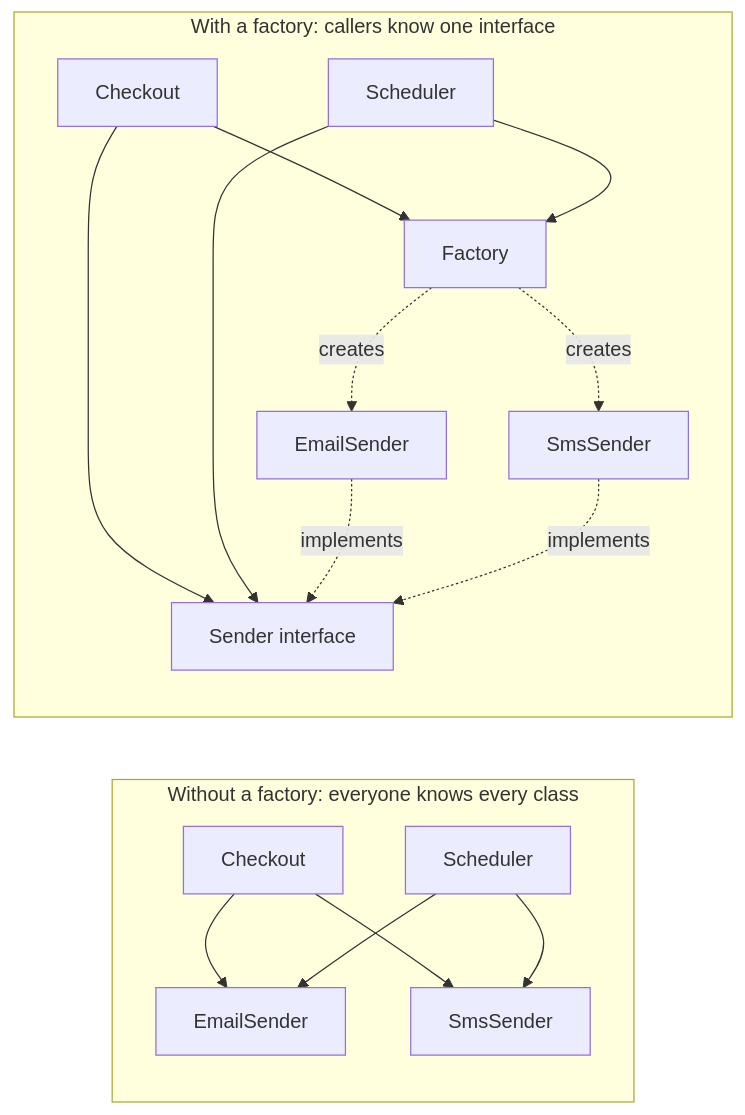
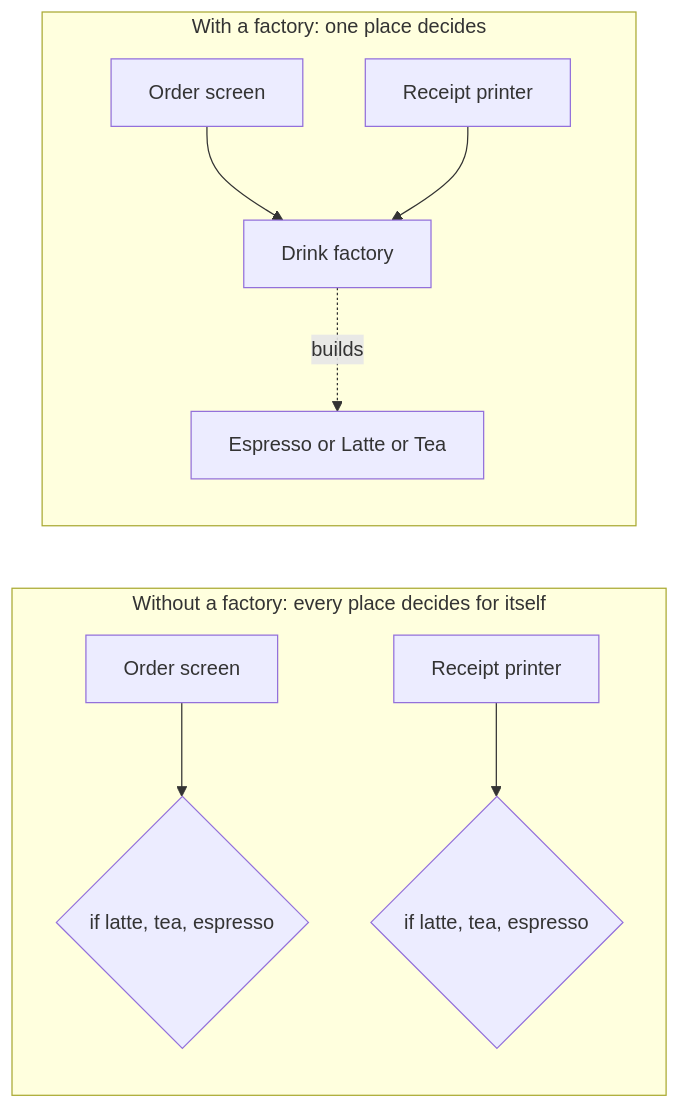
One commit to pankajsoni22/system-design changed the first of 11 diagrams in low-level-design/design-principles/factory-design-pattern/README.md. Above: the diagram before and after it, drawn with Mermaid. The commit also changed other lines of this file and 7 other files, not shown here.

First line of the commit message:
Rework Factory tutorial: one full, beginner-friendly section per flavour

````diff
--- a/low-level-design/design-principles/factory-design-pattern/README.md
+++ b/low-level-design/design-principles/factory-design-pattern/README.md
@@ -45,19 +65,12 @@
 ```mermaid
 flowchart LR
-    subgraph before["Without a factory: everyone knows every class"]
-        A1[Checkout] --> E1[EmailSender]
-        A1 --> S1[SmsSender]
-        A2[Scheduler] --> E1
-        A2 --> S1
+    subgraph before["Without a factory: every place decides for itself"]
+        A1[Order screen] --> C1{"if latte, tea, espresso"}
+        B1[Receipt printer] --> C2{"if latte, tea, espresso"}
     end
-    subgraph after["With a factory: callers know one interface"]
-        A3[Checkout] --> I[Sender interface]
-        A4[Scheduler] --> I
-        A3 --> F[Factory]
-        A4 --> F
-        F -. creates .-> E2[EmailSender]
-        F -. creates .-> S2[SmsSender]
-        E2 -. implements .-> I
-        S2 -. implements .-> I
+    subgraph after["With a factory: one place decides"]
+        A2[Order screen] --> F[Drink factory]
+        B2[Receipt printer] --> F
+        F -. builds .-> D[Espresso or Latte or Tea]
     end
 ```
````
